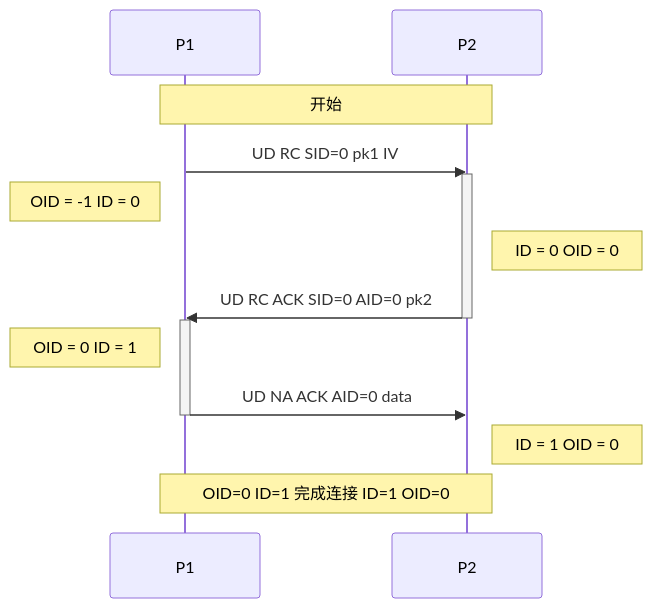
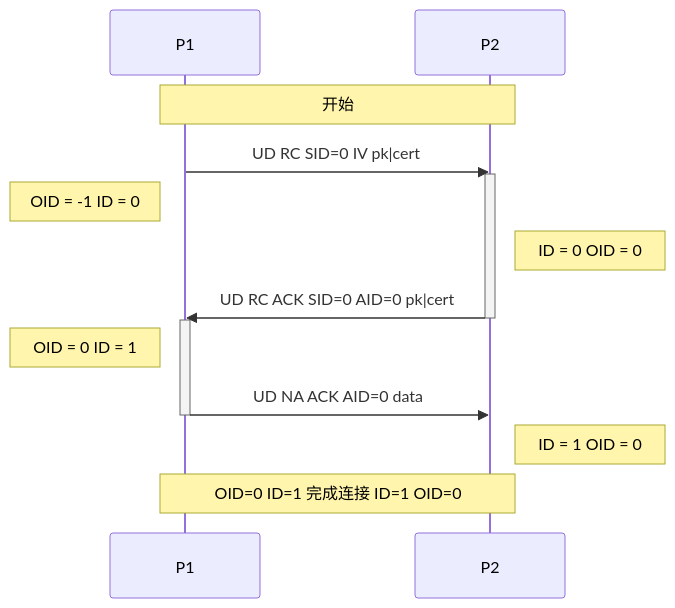
One commit to Zightch/CCPS changed the first of 2 diagrams in README.md. Above: the diagram before and after it, drawn with Mermaid. The commit also changed other lines of this file, not shown here.

````diff
--- a/README.md
+++ b/README.md
@@ -53,18 +108,18 @@
 ```mermaid
 sequenceDiagram
   participant P1
   participant P2
   Note over P1, P2: 开始
-  P1 ->>  P2: UD RC SID=0 pk1 IV
+  P1 ->> P2: UD RC SID=0 IV pk|cert
   activate P2
   Note left of P1: OID = -1 ID = 0
   Note right of P2: ID = 0 OID = 0
-  P2 ->>  P1: UD RC ACK SID=0 AID=0 pk2
+  P2 ->> P1: UD RC ACK SID=0 AID=0 pk|cert
   deactivate P2
   activate P1
   Note left of P1: OID = 0 ID = 1
-  P1 ->>  P2: UD NA ACK AID=0 data
+  P1 ->> P2: UD NA ACK AID=0 data
   deactivate P1
   Note right of P2: ID = 1 OID = 0
   Note over P1, P2: OID=0 ID=1 完成连接 ID=1 OID=0
 ```
````
